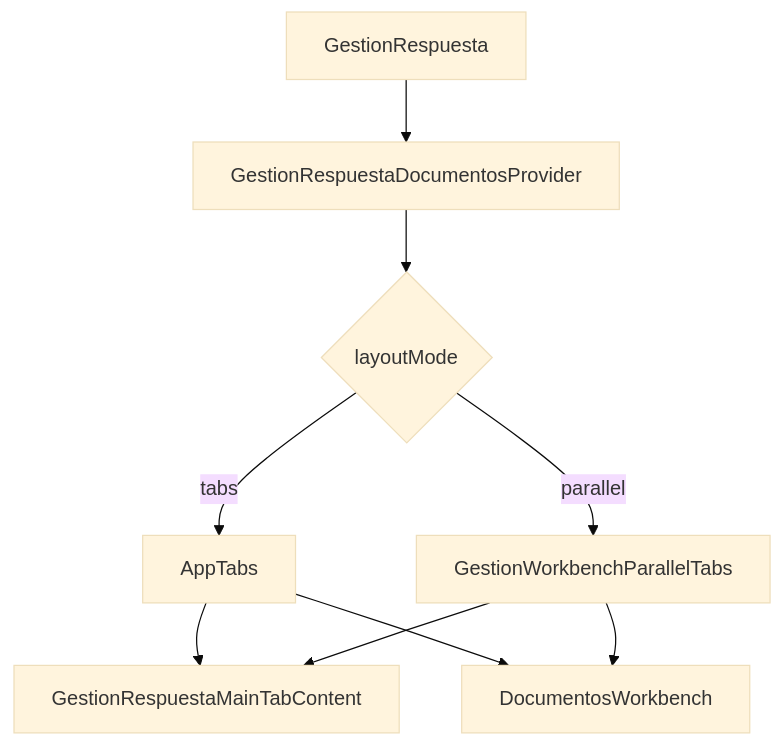
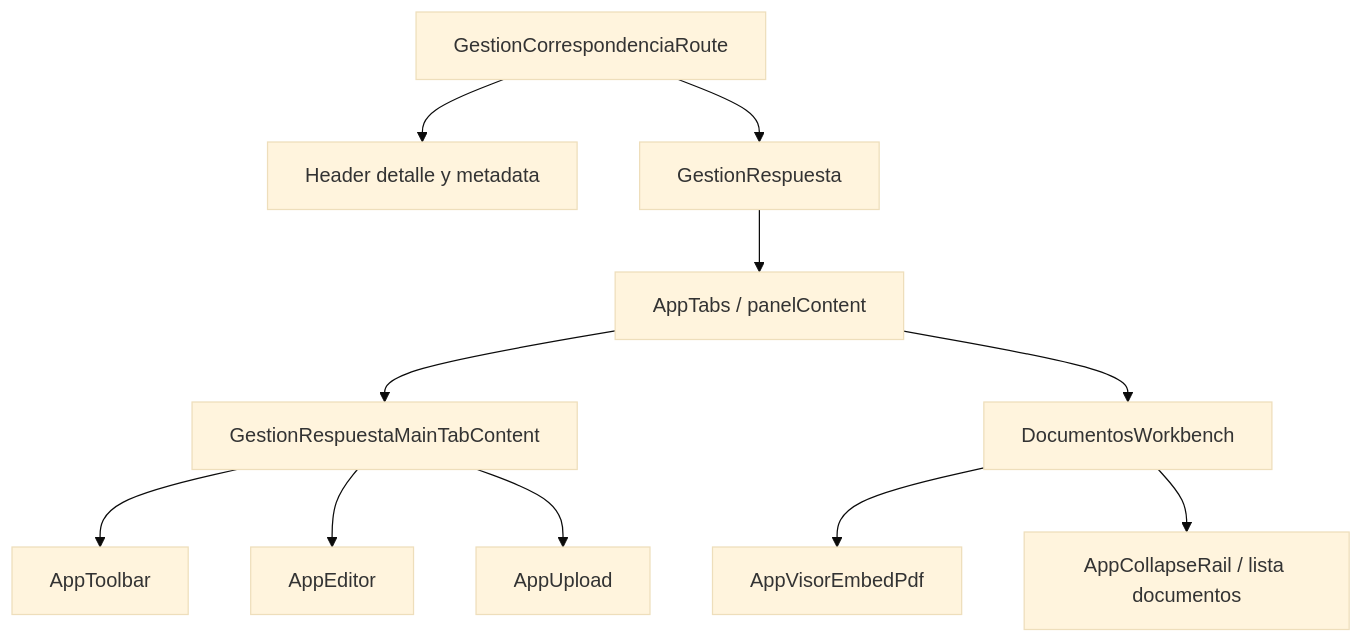
Before and after one commit to miguelurueta/DocuArchiNet: the diagram in docs/Architecture/GestionCorrrespondecia/Tabs-React-Resizable-Panels/SCRUMCORE-251-Arquitectura.md, drawn with Mermaid (base theme). The commit also changed other lines of this file and 17 other files, not shown here.

````diff
--- a/docs/Architecture/GestionCorrrespondecia/Tabs-React-Resizable-Panels/SCRUMCORE-251-Arquitectura.md
+++ b/docs/Architecture/GestionCorrrespondecia/Tabs-React-Resizable-Panels/SCRUMCORE-251-Arquitectura.md
@@ -27,11 +11,13 @@
 ```mermaid
 flowchart TD
-  A[GestionRespuesta] --> B[GestionRespuestaDocumentosProvider]
-  B --> C{layoutMode}
-  C -->|tabs| D[AppTabs]
+  A[GestionCorrespondenciaRoute] --> B[Header detalle y metadata]
+  A --> C[GestionRespuesta]
+  C --> D[AppTabs / panelContent]
   D --> E[GestionRespuestaMainTabContent]
   D --> F[DocumentosWorkbench]
-  C -->|parallel| G[GestionWorkbenchParallelTabs]
-  G --> E
-  G --> F
+  E --> G[AppToolbar]
+  E --> H[AppEditor]
+  E --> I[AppUpload]
+  F --> J[AppVisorEmbedPdf]
+  F --> K[AppCollapseRail / lista documentos]
 ```
````
